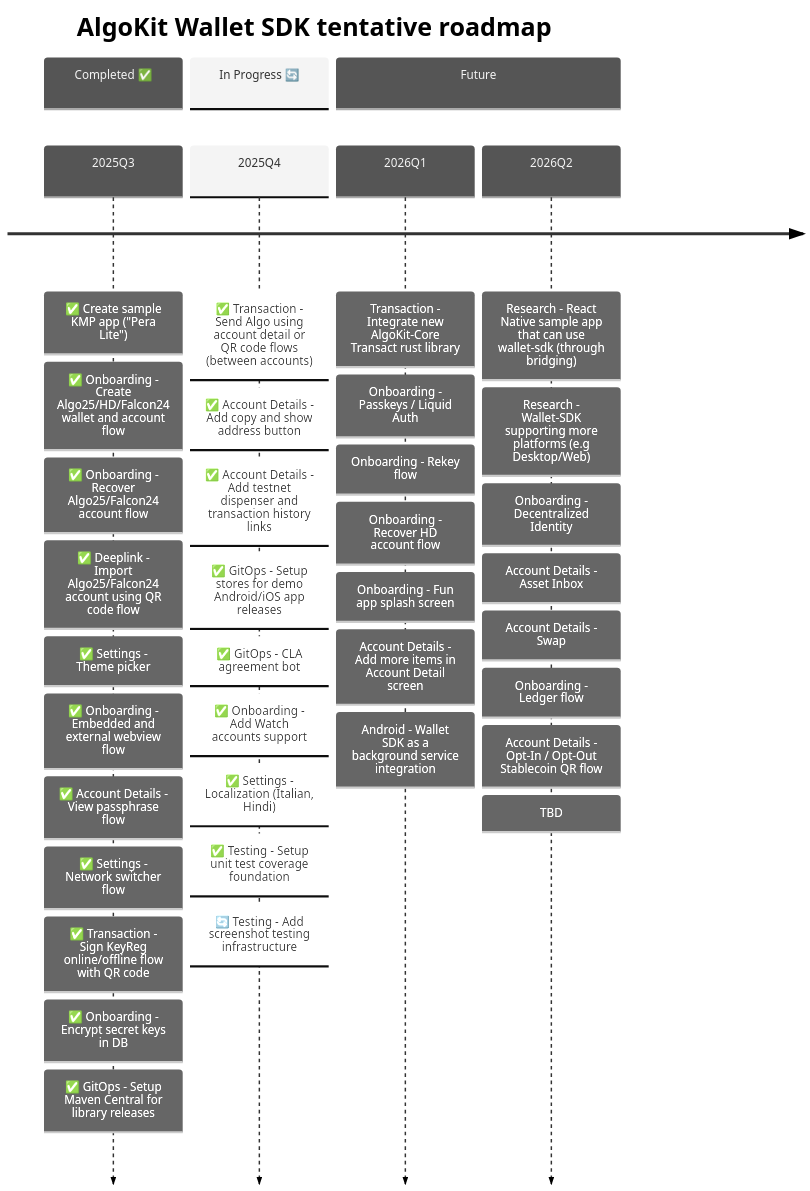
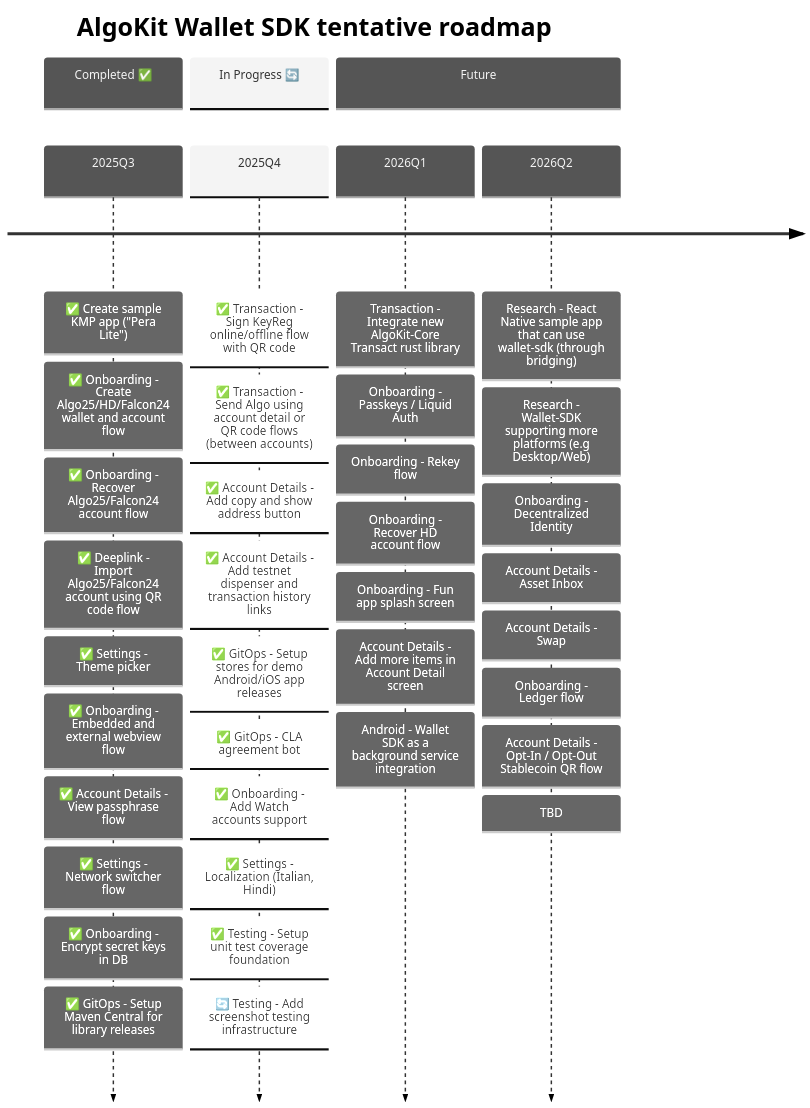
Before and after one commit to michaeltchuangllc/algokit-walletsdk-kmp: the second of 3 diagrams in README.md, drawn with Mermaid.

Commit message:
docs: fix copy

````diff
--- a/README.md
+++ b/README.md
@@ -67,49 +67,49 @@
 ```mermaid
 ---
 config:
   theme: 'neutral'
 ---
 timeline
     title AlgoKit Wallet SDK tentative roadmap
 
     section Completed ✅
     2025Q3  : ✅ Create sample KMP app ("Pera Lite")
             : ✅ Onboarding - Create Algo25/HD/Falcon24 wallet and account flow
             : ✅ Onboarding - Recover Algo25/Falcon24 account flow
             : ✅ Deeplink - Import Algo25/Falcon24 account using QR code flow
             : ✅ Settings - Theme picker
             : ✅ Onboarding - Embedded and external webview flow
             : ✅ Account Details - View passphrase flow
             : ✅ Settings - Network switcher flow
-            : ✅ Transaction - Sign KeyReg online/offline flow with QR code
             : ✅ Onboarding - Encrypt secret keys in DB
             : ✅ GitOps - Setup Maven Central for library releases
 
     section In Progress 🔄
-    2025Q4  : ✅ Transaction - Send Algo using account detail or QR code flows (between accounts)
+    2025Q4  : ✅ Transaction - Sign KeyReg online/offline flow with QR code
+            : ✅ Transaction - Send Algo using account detail or QR code flows (between accounts)
             : ✅ Account Details - Add copy and show address button
             : ✅ Account Details - Add testnet dispenser and transaction history links
             : ✅ GitOps - Setup stores for demo Android/iOS app releases
             : ✅ GitOps - CLA agreement bot
             : ✅ Onboarding - Add Watch accounts support
             : ✅ Settings - Localization (Italian, Hindi)
             : ✅ Testing - Setup unit test coverage foundation
             : 🔄 Testing - Add screenshot testing infrastructure
 
     section Future
     2026Q1  : Transaction - Integrate new AlgoKit-Core Transact rust library
             : Onboarding - Passkeys / Liquid Auth
             : Onboarding - Rekey flow
             : Onboarding - Recover HD account flow
             : Onboarding - Fun app splash screen
             : Account Details - Add more items in Account Detail screen
             : Android - Wallet SDK as a background service integration
     2026Q2  : Research - React Native sample app that can use wallet-sdk (through bridging)
             : Research - Wallet-SDK supporting more platforms (e.g Desktop/Web)
             : Onboarding - Decentralized Identity
             : Account Details - Asset Inbox
             : Account Details - Swap
             : Onboarding - Ledger flow
             : Account Details - Opt-In / Opt-Out Stablecoin QR flow
             : TBD
 ```
````
